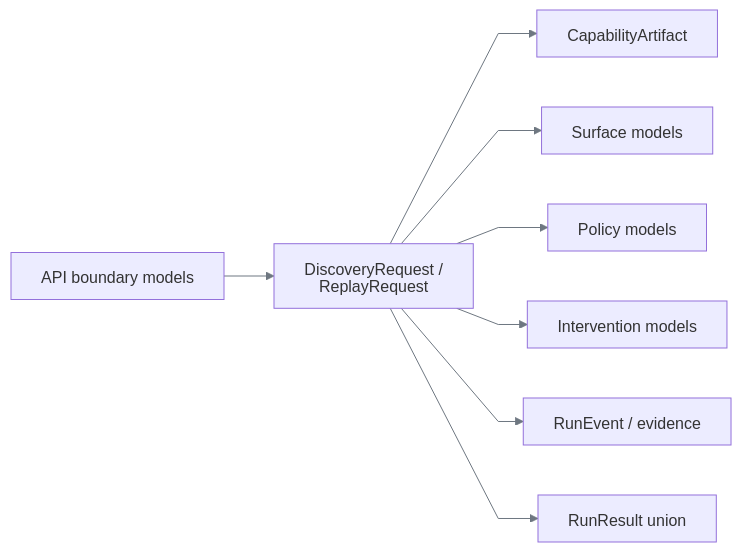
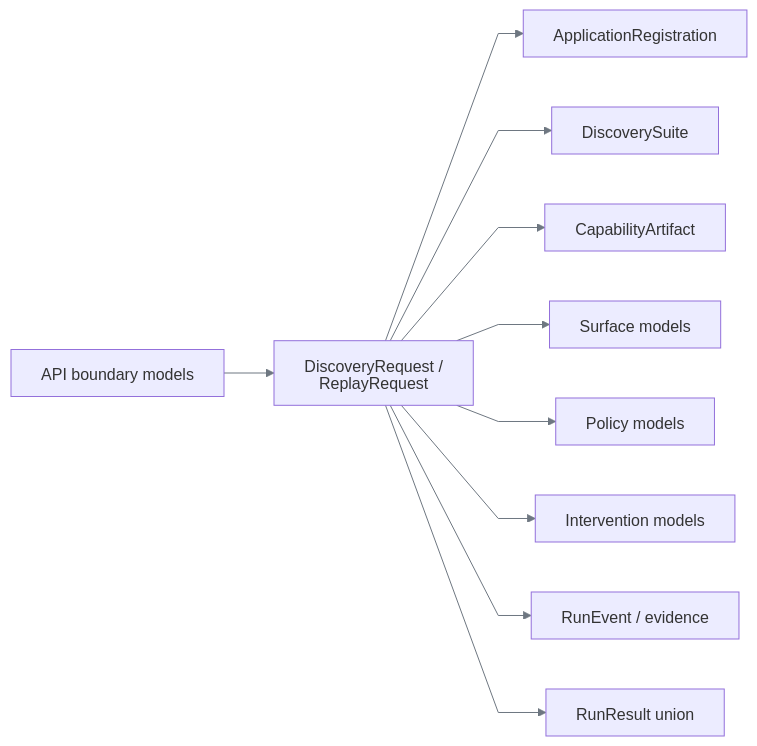
Before and after one commit to SivaTSS/replay-forge: the first of 6 diagrams in docs/data-models.md, drawn with Mermaid. The commit also changed other lines of this file and 8 other files, not shown here.

````diff
--- a/docs/data-models.md
+++ b/docs/data-models.md
@@ -5,11 +5,13 @@
 ```mermaid
 %%{init: {"htmlLabels":false,"themeVariables":{"lineColor":"#6E7781","signalColor":"#6E7781"},"flowchart":{"curve":"linear"},"sequence":{"wrap":true}}}%%
 flowchart LR
     API[API boundary models] --> REQ[DiscoveryRequest / ReplayRequest]
+    REQ --> APP[ApplicationRegistration]
+    REQ --> SUITE[DiscoverySuite]
     REQ --> CAP[CapabilityArtifact]
     REQ --> SUR[Surface models]
     REQ --> POL[Policy models]
     REQ --> INT[Intervention models]
     REQ --> EVT[RunEvent / evidence]
     REQ --> RES[RunResult union]
 ```
````
